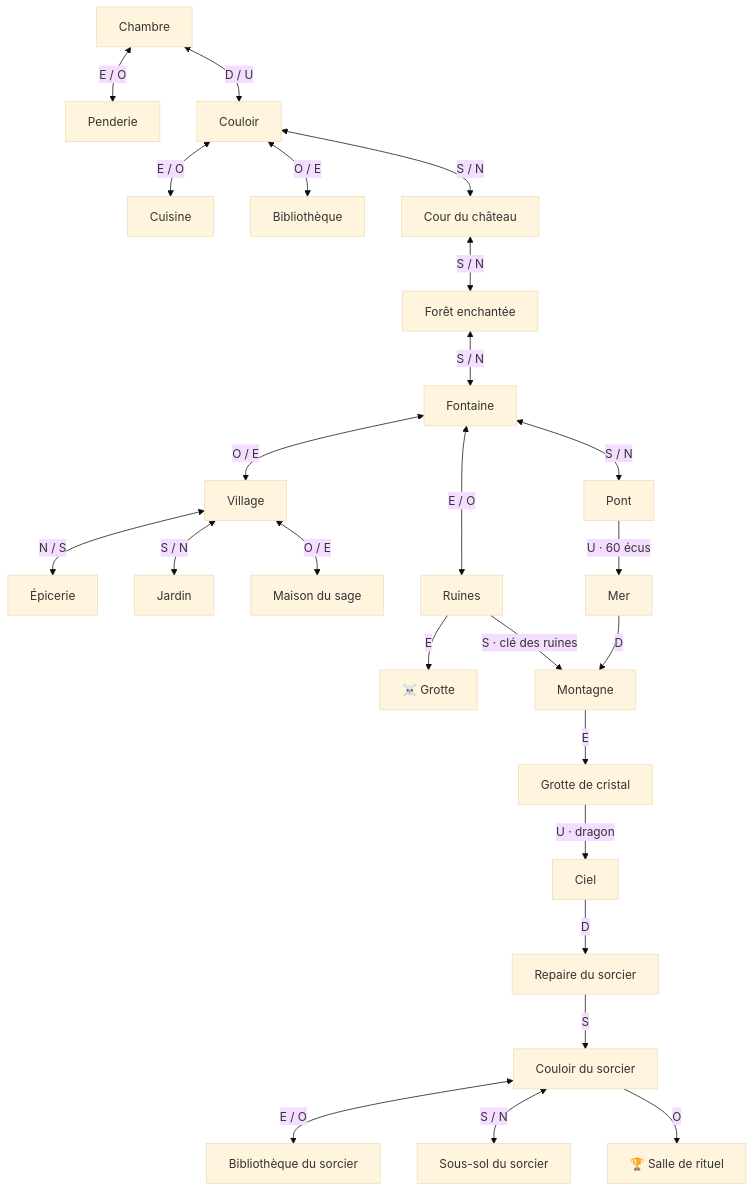
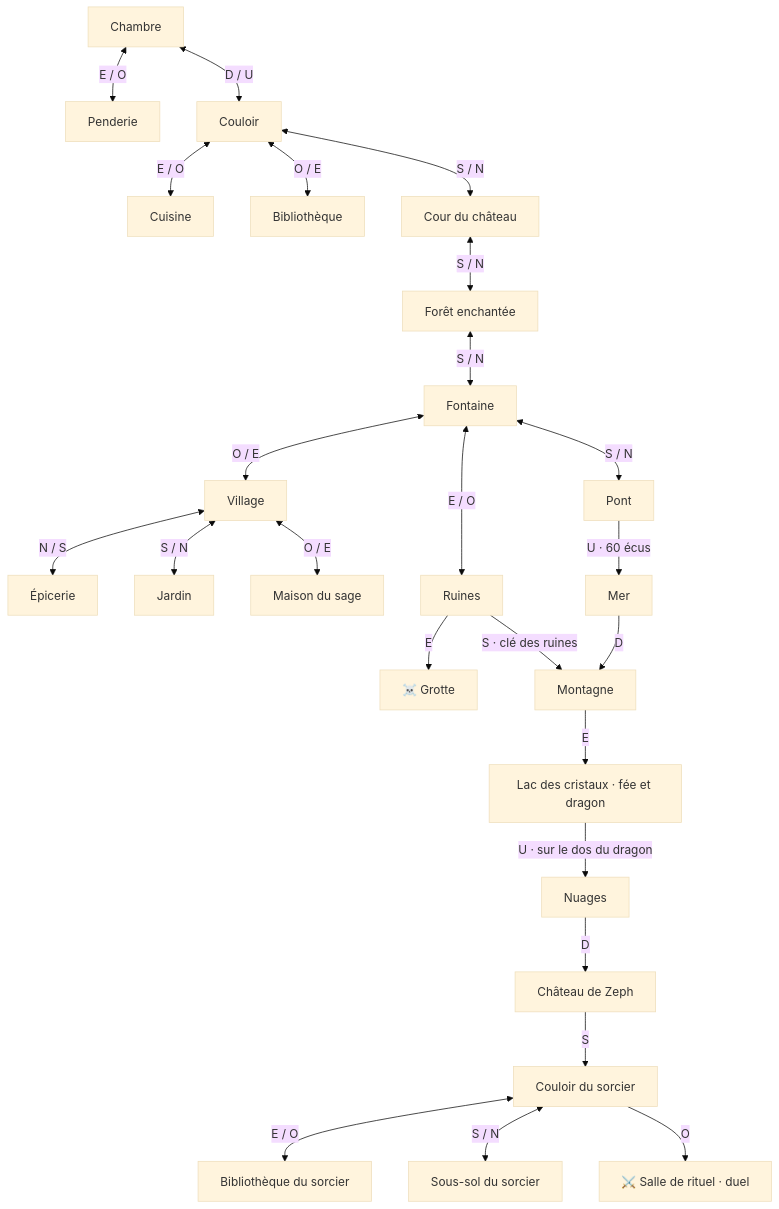
One commit to berenice-bettinger/Projet-Jeu-Textuel-Python-Hazefairy-cloud- changed the first of 2 diagrams in README.md. Above: the diagram before and after it, drawn with Mermaid (base theme). The commit also changed other lines of this file and 6 other files, not shown here.

First line of the commit message:
Ajoute la fée, le prince dragon, le duel contre Zeph et le mariage final

````diff
--- a/README.md
+++ b/README.md
@@ -68,27 +69,27 @@
 ```mermaid
 flowchart TB
     Chambre <-->|E / O| Penderie
     Chambre <-->|D / U| Couloir
     Couloir <-->|E / O| Cuisine
     Couloir <-->|O / E| Bibliothèque
     Couloir <-->|S / N| Château["Cour du château"]
     Château <-->|S / N| Forêt["Forêt enchantée"]
     Forêt <-->|S / N| Fontaine
     Fontaine <-->|O / E| Village
     Village <-->|N / S| Épicerie
     Village <-->|S / N| Jardin
     Village <-->|O / E| Sage["Maison du sage"]
     Fontaine <-->|E / O| Ruines
     Ruines -->|E| Grotte["☠️ Grotte"]
     Ruines -->|S · clé des ruines| Montagne
     Fontaine <-->|S / N| Pont
     Pont -->|U · 60 écus| Mer
     Mer -->|D| Montagne
-    Montagne -->|E| Cristaux["Grotte de cristal"]
-    Cristaux -->|U · dragon| Ciel
-    Ciel -->|D| Repaire["Repaire du sorcier"]
+    Montagne -->|E| Cristaux["Lac des cristaux · fée et dragon"]
+    Cristaux -->|U · sur le dos du dragon| Ciel["Nuages"]
+    Ciel -->|D| Repaire["Château de Zeph"]
     Repaire -->|S| CS["Couloir du sorcier"]
     CS <-->|E / O| BS["Bibliothèque du sorcier"]
     CS <-->|S / N| SS["Sous-sol du sorcier"]
-    CS -->|O| Rituel["🏆 Salle de rituel"]
+    CS -->|O| Rituel["⚔️ Salle de rituel · duel"]
 ```
````
